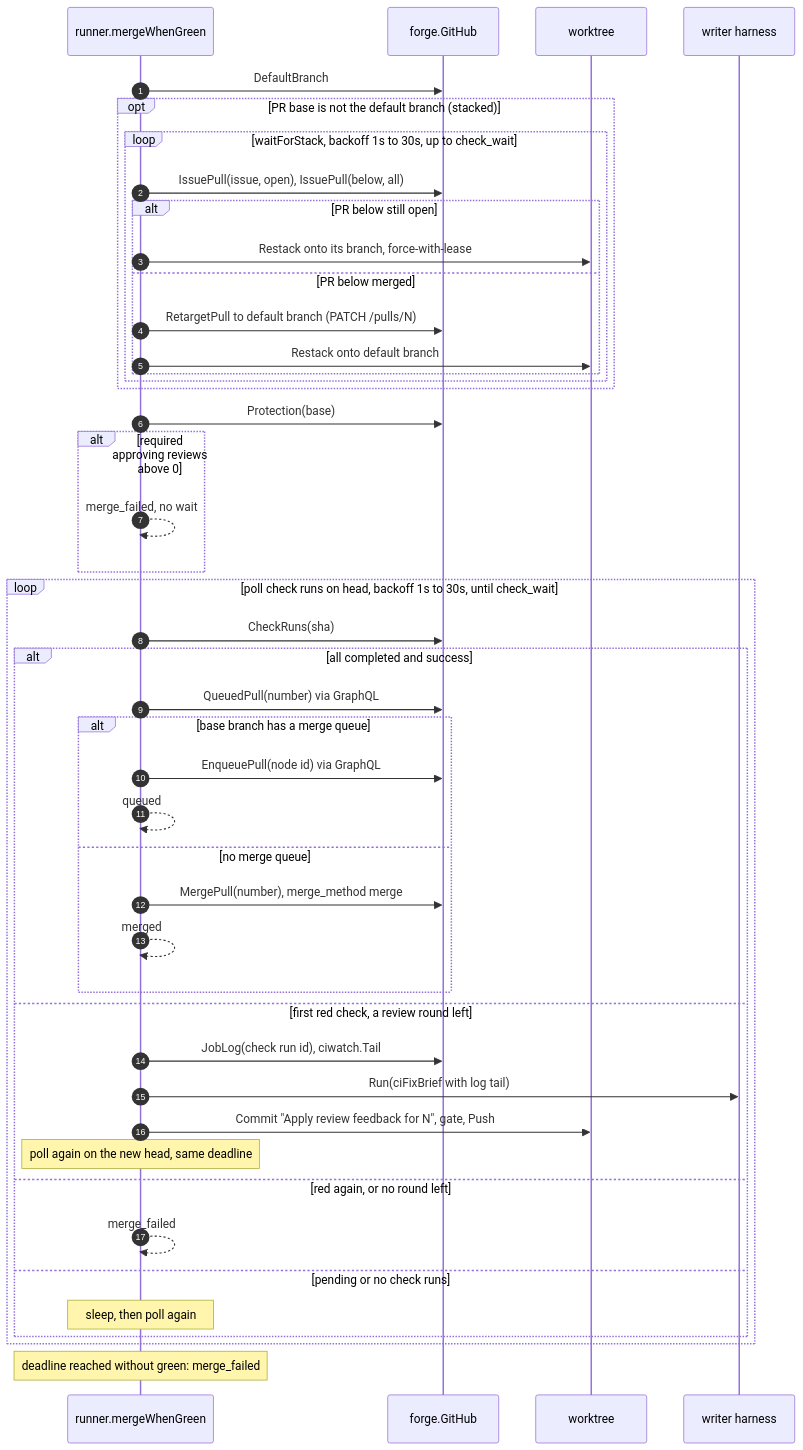
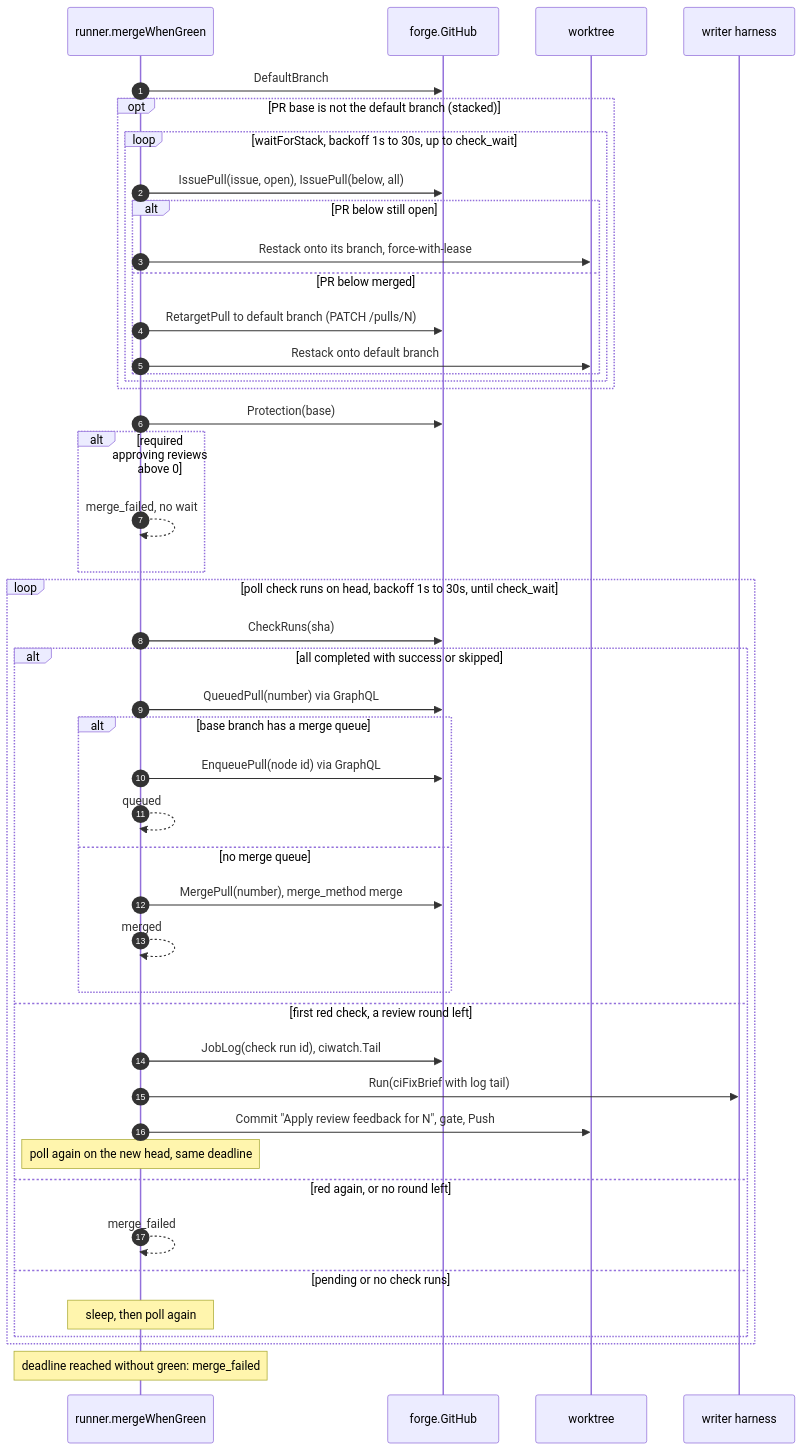
Before and after one commit to autobutler-org/schmeide: the fourth of 7 diagrams in docs/architecture/job-flows.md, drawn with Mermaid. The commit also changed 11 other files, not shown here.

First line of the commit message:
count a skipped check run as success (#260)

````diff
--- a/docs/architecture/job-flows.md
+++ b/docs/architecture/job-flows.md
@@ -124,48 +124,48 @@
 ```mermaid
 sequenceDiagram
     autonumber
     participant R as runner.mergeWhenGreen
     participant F as forge.GitHub
     participant W as worktree
     participant X as writer harness
 
     R->>F: DefaultBranch
     opt PR base is not the default branch (stacked)
         loop waitForStack, backoff 1s to 30s, up to check_wait
             R->>F: IssuePull(issue, open), IssuePull(below, all)
             alt PR below still open
                 R->>W: Restack onto its branch, force-with-lease
             else PR below merged
                 R->>F: RetargetPull to default branch (PATCH /pulls/N)
                 R->>W: Restack onto default branch
             end
         end
     end
     R->>F: Protection(base)
     alt required approving reviews above 0
         R-->>R: merge_failed, no wait
     end
     loop poll check runs on head, backoff 1s to 30s, until check_wait
         R->>F: CheckRuns(sha)
-        alt all completed and success
+        alt all completed with success or skipped
             R->>F: QueuedPull(number) via GraphQL
             alt base branch has a merge queue
                 R->>F: EnqueuePull(node id) via GraphQL
                 R-->>R: queued
             else no merge queue
                 R->>F: MergePull(number), merge_method merge
                 R-->>R: merged
             end
         else first red check, a review round left
             R->>F: JobLog(check run id), ciwatch.Tail
             R->>X: Run(ciFixBrief with log tail)
             R->>W: Commit "Apply review feedback for N", gate, Push
             Note over R: poll again on the new head, same deadline
         else red again, or no round left
             R-->>R: merge_failed
         else pending or no check runs
             Note over R: sleep, then poll again
         end
     end
     Note over R: deadline reached without green: merge_failed
 ```
````
